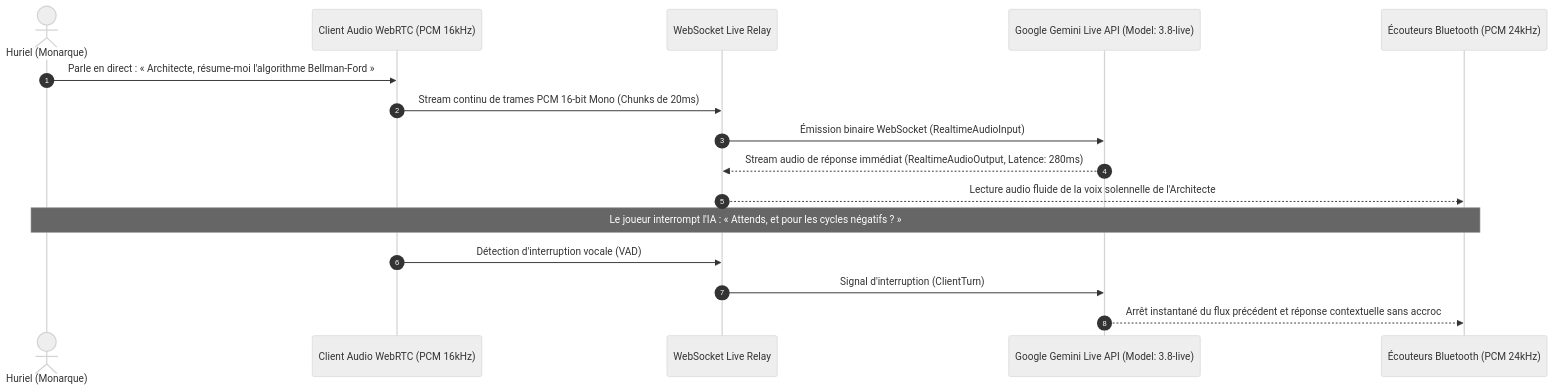
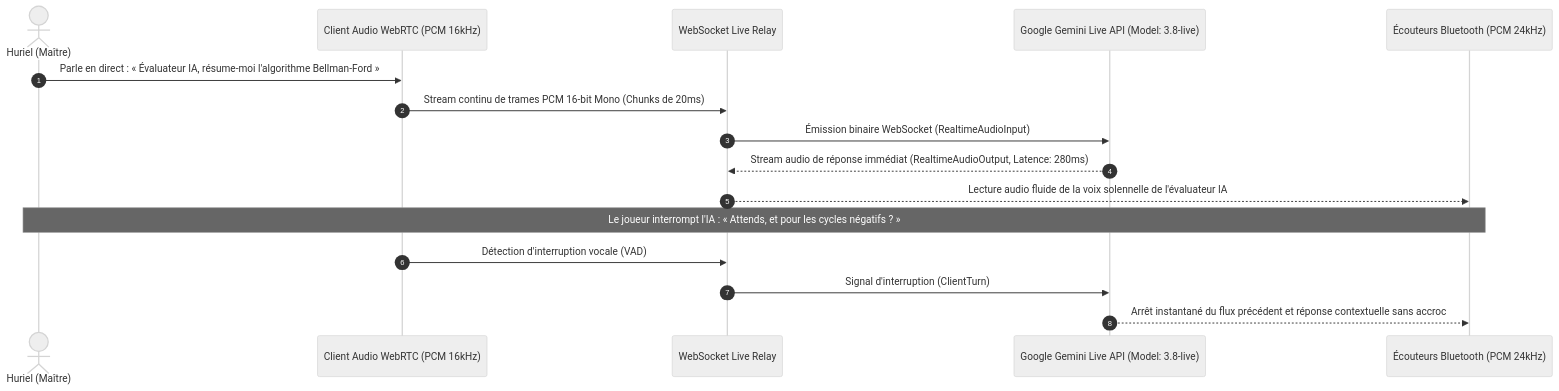
One commit to GeovanioH/LevelUp changed the third of 9 diagrams in docs/09-ROADMAP.md. Above: the diagram before and after it, drawn with Mermaid (neutral theme). The commit also changed other lines of this file and 12 other files, not shown here.

````diff
--- a/docs/09-ROADMAP.md
+++ b/docs/09-ROADMAP.md
@@ -255,20 +255,20 @@
 ```mermaid
 sequenceDiagram
     autonumber
-    actor Joueur as Huriel (Monarque)
+    actor Joueur as Huriel (Maître)
     participant Mic as Client Audio WebRTC (PCM 16kHz)
     participant WS as WebSocket Live Relay
     participant GeminiLive as Google Gemini Live API (Model: 3.8-live)
     participant Speaker as Écouteurs Bluetooth (PCM 24kHz)
 
-    Joueur->>Mic: Parle en direct : « Architecte, résume-moi l'algorithme Bellman-Ford »
+    Joueur->>Mic: Parle en direct : « Évaluateur IA, résume-moi l'algorithme Bellman-Ford »
     Mic->>WS: Stream continu de trames PCM 16-bit Mono (Chunks de 20ms)
     WS->>GeminiLive: Émission binaire WebSocket (RealtimeAudioInput)
     GeminiLive-->>WS: Stream audio de réponse immédiat (RealtimeAudioOutput, Latence: 280ms)
-    WS-->>Speaker: Lecture audio fluide de la voix solennelle de l'Architecte
+    WS-->>Speaker: Lecture audio fluide de la voix solennelle de l'évaluateur IA
     
     Note over Joueur,Speaker: Le joueur interrompt l'IA : « Attends, et pour les cycles négatifs ? »
     Mic->>WS: Détection d'interruption vocale (VAD)
     WS->>GeminiLive: Signal d'interruption (ClientTurn)
     GeminiLive-->>Speaker: Arrêt instantané du flux précédent et réponse contextuelle sans accroc
 ```
````
